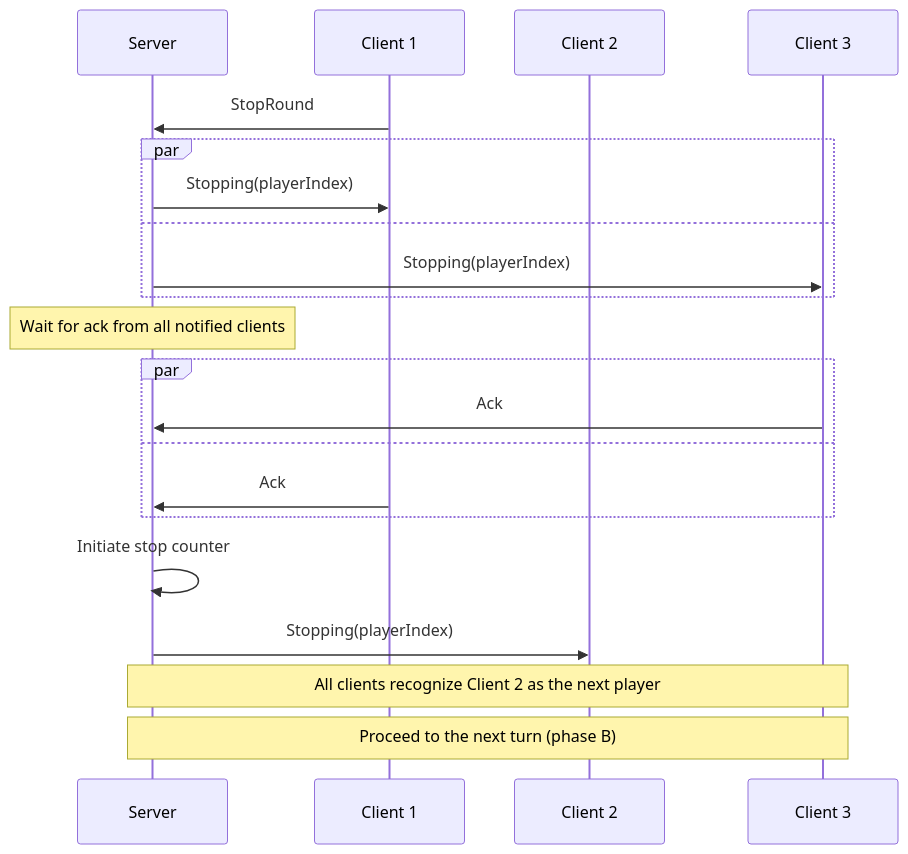
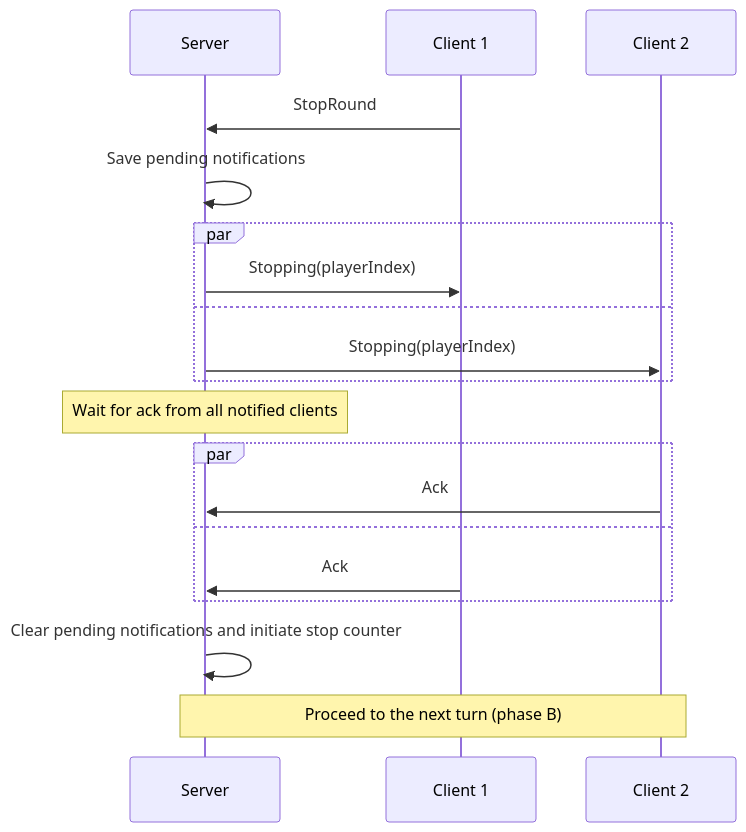
Before and after one commit to roman-zubarevich/another: the seventh of 14 diagrams in README.md, drawn with Mermaid. The commit also changed other lines of this file, not shown here.

````diff
--- a/README.md
+++ b/README.md
@@ -151,23 +159,21 @@
 ```mermaid
 sequenceDiagram
     participant S as Server
     participant C1 as Client 1
     participant C2 as Client 2
-    participant C3 as Client 3
     C1->>S: StopRound
+    S->>S: Save pending notifications
     par
         S->>C1: Stopping(playerIndex)
     and
-        S->>C3: Stopping(playerIndex)
+        S->>C2: Stopping(playerIndex)
     end
     Note over S: Wait for ack from all notified clients
     par
-        C3->>S: Ack
+        C2->>S: Ack
     and
         C1->>S: Ack
     end
-    S->>S: Initiate stop counter
-    S->>C2: Stopping(playerIndex)
-    Note over S,C3: All clients recognize Client 2 as the next player
-    Note over S,C3: Proceed to the next turn (phase B)
+    S->>S: Clear pending notifications and initiate stop counter
+    Note over S,C2: Proceed to the next turn (phase B)
 ```
````
